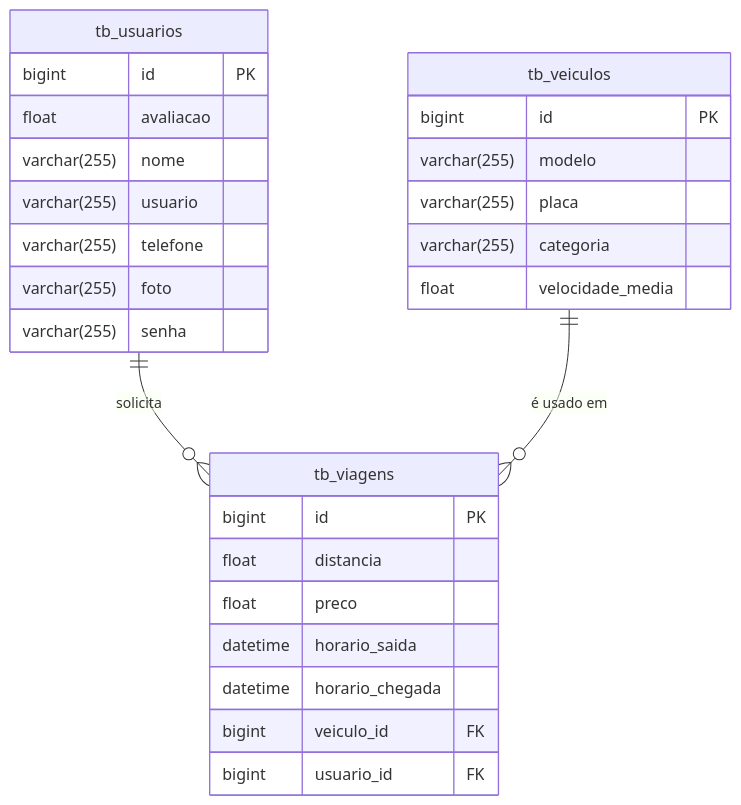
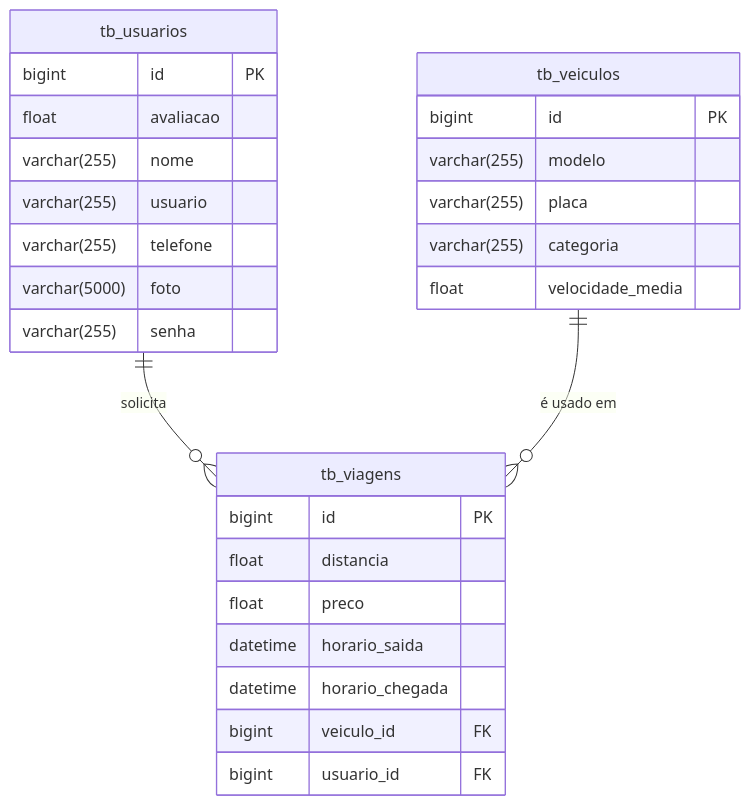
Before and after one commit to Projetos-Grupo-01/go_lady: the second of 2 diagrams in README.md, drawn with Mermaid.

````diff
--- a/README.md
+++ b/README.md
@@ -119,34 +119,34 @@
 ```mermaid
 erDiagram
 tb_usuarios {
     bigint id PK
     float avaliacao
     varchar(255) nome
     varchar(255) usuario
     varchar(255) telefone
-    varchar(255) foto
+    varchar(5000) foto
     varchar(255) senha
 }
 
 tb_veiculos {
     bigint id PK 
     varchar(255) modelo
     varchar(255) placa
     varchar(255) categoria
     float velocidade_media 
 }
 
 tb_viagens {
     bigint id PK 
     float distancia
     float preco
     datetime horario_saida
     datetime horario_chegada
     bigint veiculo_id FK
     bigint usuario_id FK
 }
 
 tb_usuarios ||--o{ tb_viagens : "solicita"
 tb_veiculos ||--o{ tb_viagens : "é usado em"
 
 ```
````
